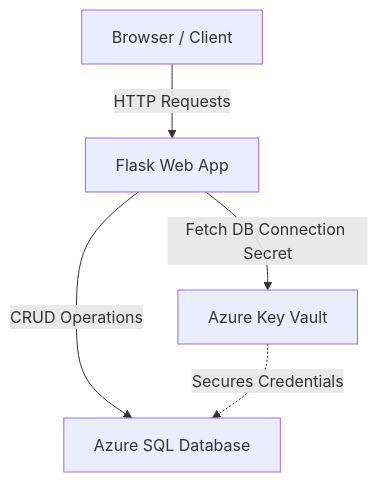
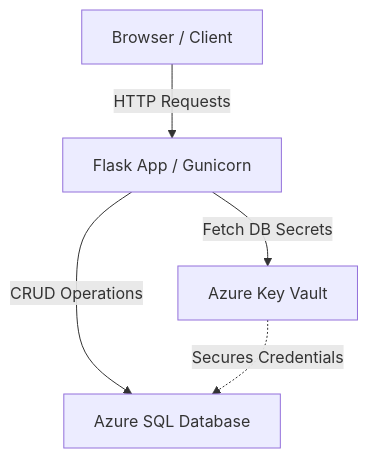
One commit to progamerzx/Project-Mangement-System changed the first of 2 diagrams in README.md. Above: the diagram before and after it, drawn with Mermaid. The commit also changed other lines of this file, not shown here.

````diff
--- a/README.md
+++ b/README.md
@@ -11,7 +35,7 @@
 ```mermaid
 graph TD
-    Client[Browser / Client] -->|HTTP Requests| Flask[Flask Web App]
-    Flask -->|Fetch DB Connection Secret| AKV[Azure Key Vault]
+    Client[Browser / Client] -->|HTTP Requests| Flask[Flask App / Gunicorn]
+    Flask -->|Fetch DB Secrets| AKV[Azure Key Vault]
     Flask -->|CRUD Operations| SQL[Azure SQL Database]
     AKV -.->|Secures Credentials| SQL
 ```
````
